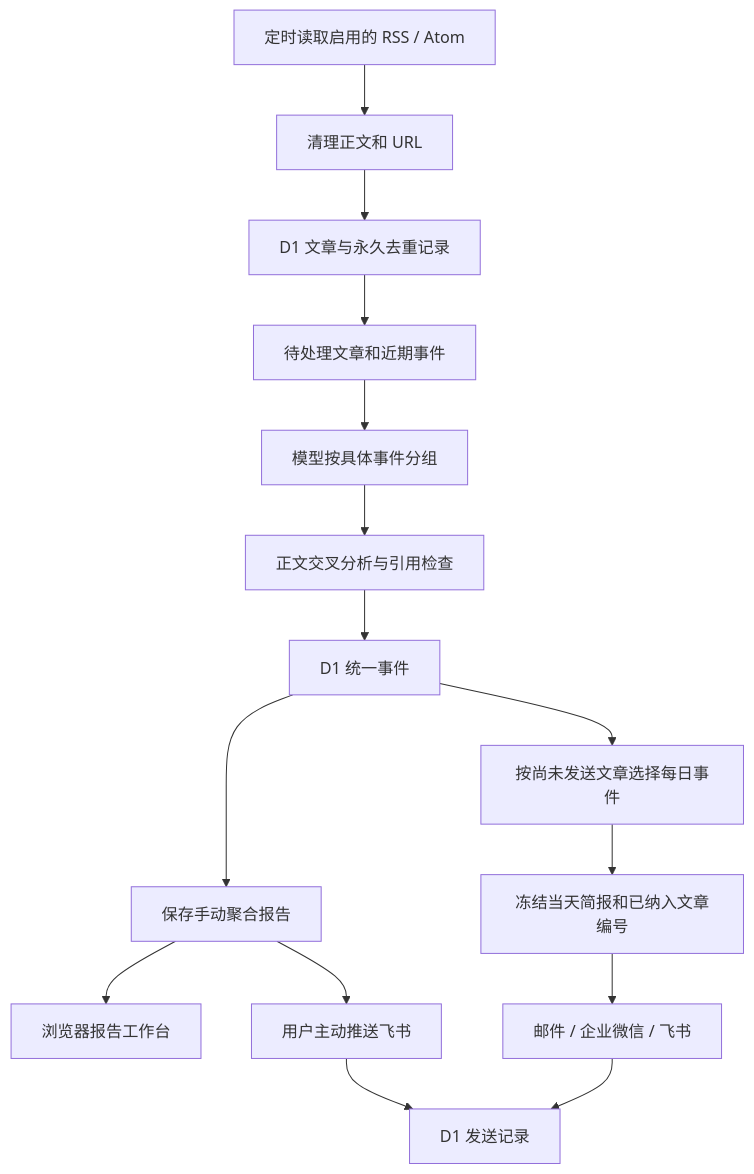
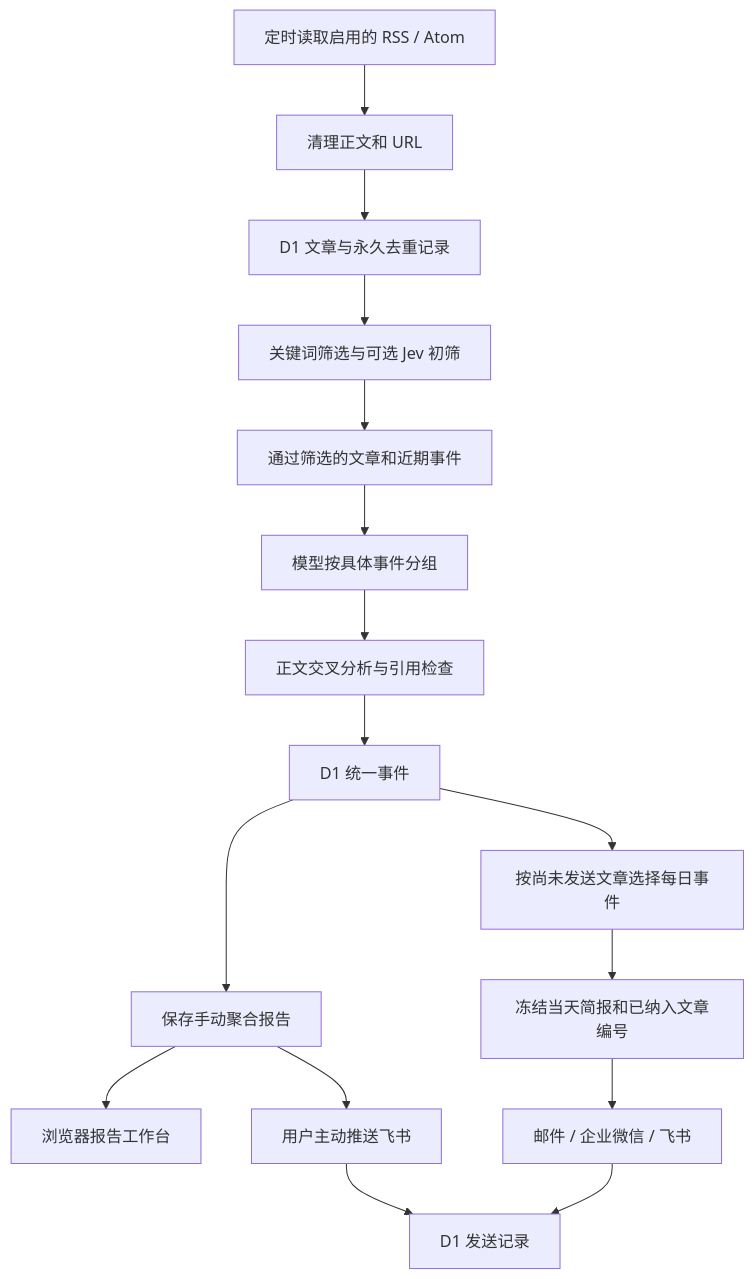
Before and after one commit to sulik0/lingxi-tech-reader: the diagram in ARCHITECTURE.md, drawn with Mermaid. The commit also changed other lines of this file and 30 other files, not shown here.

````diff
--- a/ARCHITECTURE.md
+++ b/ARCHITECTURE.md
@@ -25,17 +27,18 @@
 ```mermaid
 flowchart TD
   A[定时读取启用的 RSS / Atom] --> B[清理正文和 URL]
   B --> C[D1 文章与永久去重记录]
-  C --> D[待处理文章和近期事件]
+  C --> P[关键词筛选与可选 Jev 初筛]
+  P --> D[通过筛选的文章和近期事件]
   D --> E[模型按具体事件分组]
   E --> F[正文交叉分析与引用检查]
   F --> G[D1 统一事件]
   G --> H[保存手动聚合报告]
   H --> M[浏览器报告工作台]
   H --> N[用户主动推送飞书]
   N --> L
   G --> I[按尚未发送文章选择每日事件]
   I --> J[冻结当天简报和已纳入文章编号]
   J --> K[邮件 / 企业微信 / 飞书]
   K --> L[D1 发送记录]
 ```
````
